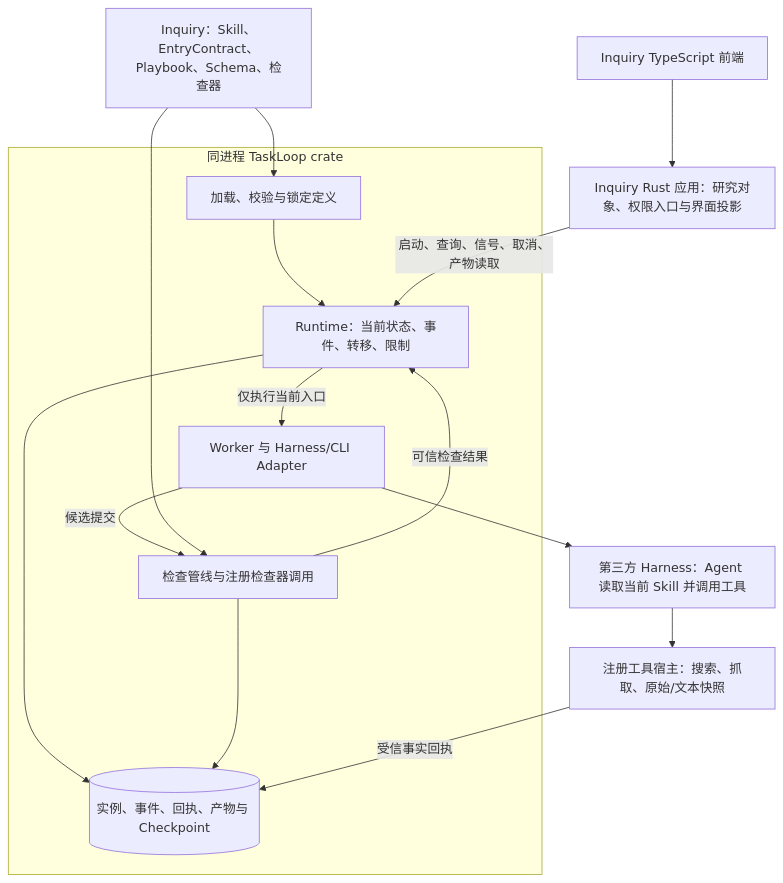
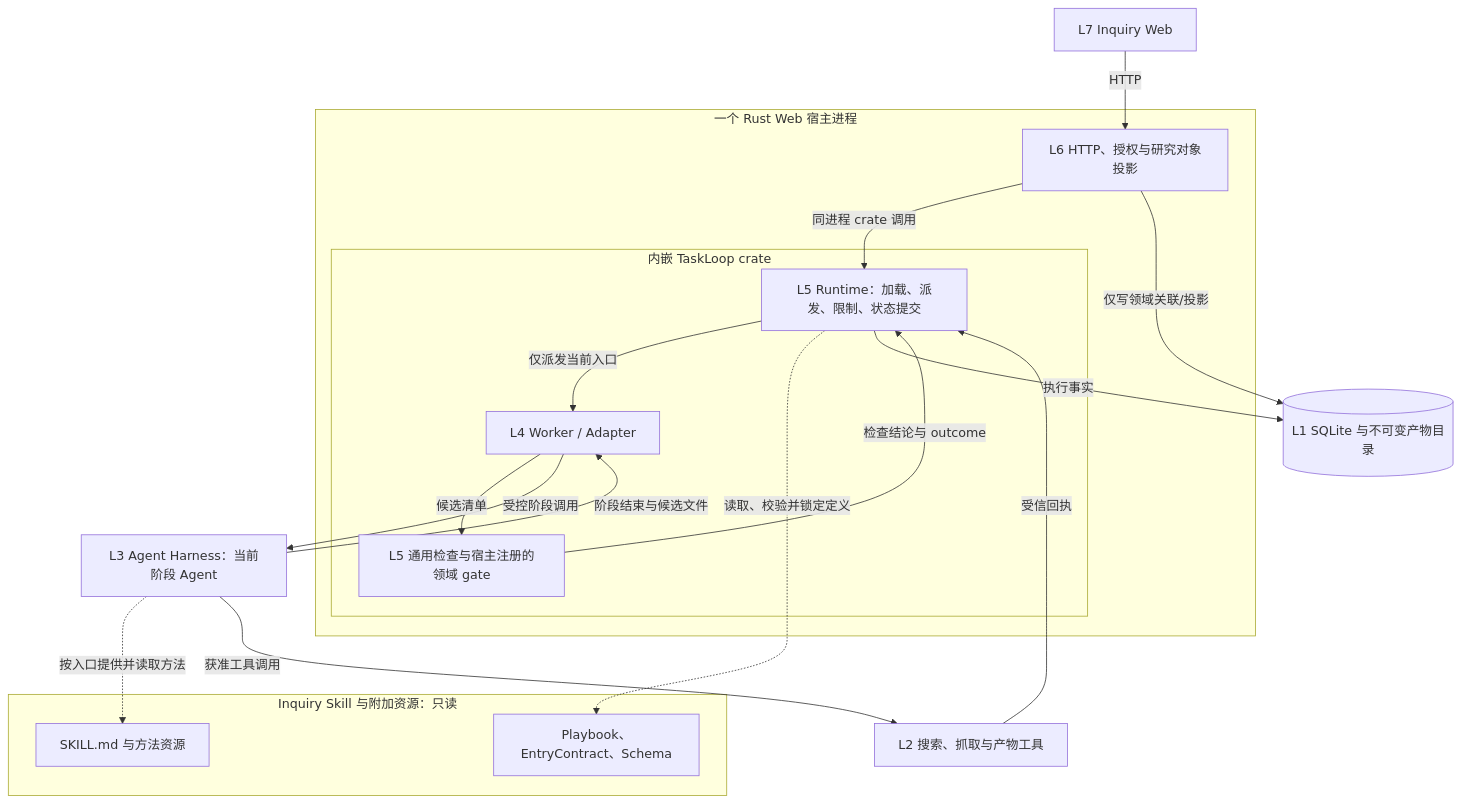
Before and after one commit to xforce-io/inquiry: the second of 3 diagrams in docs/design/1-minimal-research-loop.md, drawn with Mermaid. The commit also changed other lines of this file and 1 other file, not shown here.

Commit message:
docs: 补齐 Skill 加载、Web 宿主与阶段执行 L2 契约

````diff
--- a/docs/design/1-minimal-research-loop.md
+++ b/docs/design/1-minimal-research-loop.md
@@ -138,28 +191,32 @@
 ```mermaid
 flowchart TB
-  UI[Inquiry TypeScript 前端]
-  APP[Inquiry Rust 应用：研究对象、权限入口与界面投影]
-  PKG[Inquiry：Skill、EntryContract、Playbook、Schema、检查器]
-  subgraph TL[同进程 TaskLoop crate]
-    LOAD[加载、校验与锁定定义]
-    RT[Runtime：当前状态、事件、转移、限制]
-    WK[Worker 与 Harness/CLI Adapter]
-    CK[检查管线与注册检查器调用]
-    DB[(实例、事件、回执、产物与 Checkpoint)]
-    LOAD --> RT
-    RT -->|仅执行当前入口| WK
-    WK -->|候选提交| CK
-    CK -->|可信检查结果| RT
-    RT --> DB
-    CK --> DB
+  WEB["L7 Inquiry Web"]
+  subgraph HOST["一个 Rust Web 宿主进程"]
+    API["L6 HTTP、授权与研究对象投影"]
+    subgraph TL["内嵌 TaskLoop crate"]
+      RT["L5 Runtime：加载、派发、限制、状态提交"]
+      WK["L4 Worker / Adapter"]
+      CK["L5 通用检查与宿主注册的领域 gate"]
+      RT -->|"仅派发当前入口"| WK
+      WK -->|"候选清单"| CK
+      CK -->|"检查结论与 outcome"| RT
+    end
+    API -->|"同进程 crate 调用"| RT
   end
-  H[第三方 Harness：Agent 读取当前 Skill 并调用工具]
-  TOOL[注册工具宿主：搜索、抓取、原始/文本快照]
-  UI --> APP
-  APP -->|启动、查询、信号、取消、产物读取| RT
-  PKG --> LOAD
-  PKG --> CK
-  WK --> H
-  H --> TOOL
-  TOOL -->|受信事实回执| DB
+  subgraph PKG["Inquiry Skill 与附加资源：只读"]
+    METHOD["SKILL.md 与方法资源"]
+    DEF["Playbook、EntryContract、Schema"]
+  end
+  H["L3 Agent Harness：当前阶段 Agent"]
+  TOOL["L2 搜索、抓取与产物工具"]
+  DB[("L1 SQLite 与不可变产物目录")]
+  WEB -->|"HTTP"| API
+  RT -.->|"读取、校验并锁定定义"| DEF
+  H -.->|"按入口提供并读取方法"| METHOD
+  WK -->|"受控阶段调用"| H
+  H -->|"阶段结束与候选文件"| WK
+  H -->|"获准工具调用"| TOOL
+  TOOL -->|"受信回执"| RT
+  RT -->|"执行事实"| DB
+  API -->|"仅写领域关联/投影"| DB
 ```
````
